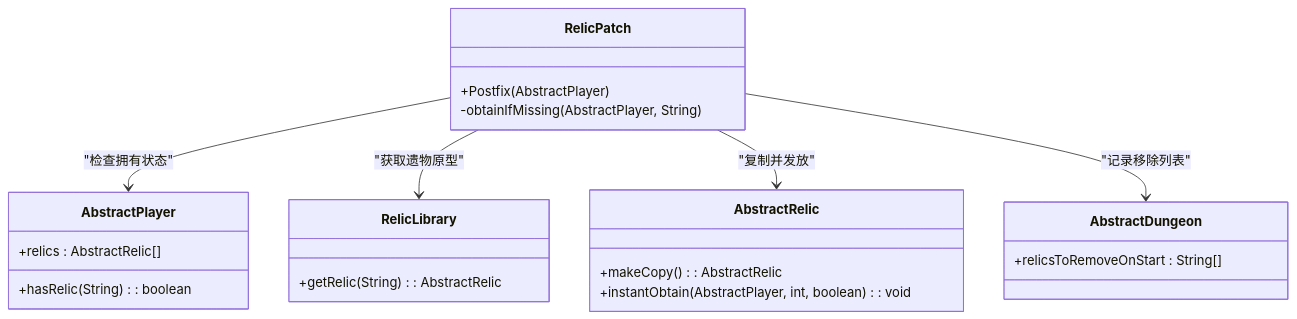
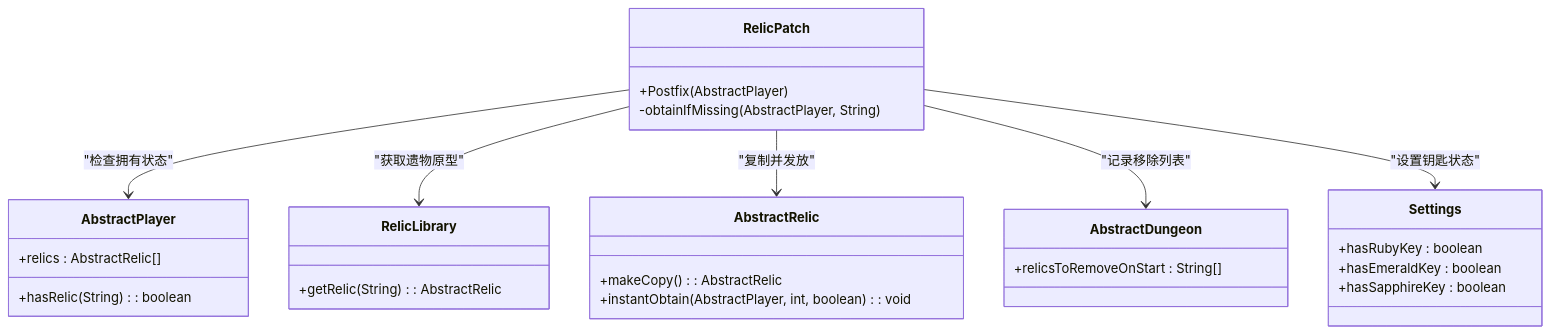
One commit to StephenZhuang/SpireMod changed the fifth of 8 diagrams in .qoder/repowiki/zh/content/核心功能/初始资源增益系统.md. Above: the diagram before and after it, drawn with Mermaid. The commit also changed other lines of this file and 35 other files, not shown here.

````diff
--- a/.qoder/repowiki/zh/content/核心功能/初始资源增益系统.md
+++ b/.qoder/repowiki/zh/content/核心功能/初始资源增益系统.md
@@ -209,25 +228,31 @@
 ```mermaid
 classDiagram
 class RelicPatch {
 +Postfix(AbstractPlayer)
 -obtainIfMissing(AbstractPlayer, String)
 }
 class AbstractPlayer {
 +hasRelic(String) : boolean
 +relics : AbstractRelic[]
 }
 class RelicLibrary {
 +getRelic(String) : AbstractRelic
 }
 class AbstractRelic {
 +makeCopy() : AbstractRelic
 +instantObtain(AbstractPlayer, int, boolean) : void
 }
 class AbstractDungeon {
 +relicsToRemoveOnStart : String[]
 }
+class Settings {
++hasRubyKey : boolean
++hasEmeraldKey : boolean
++hasSapphireKey : boolean
+}
 RelicPatch --> AbstractPlayer : "检查拥有状态"
 RelicPatch --> RelicLibrary : "获取遗物原型"
 RelicPatch --> AbstractRelic : "复制并发放"
 RelicPatch --> AbstractDungeon : "记录移除列表"
+RelicPatch --> Settings : "设置钥匙状态"
 ```
````
